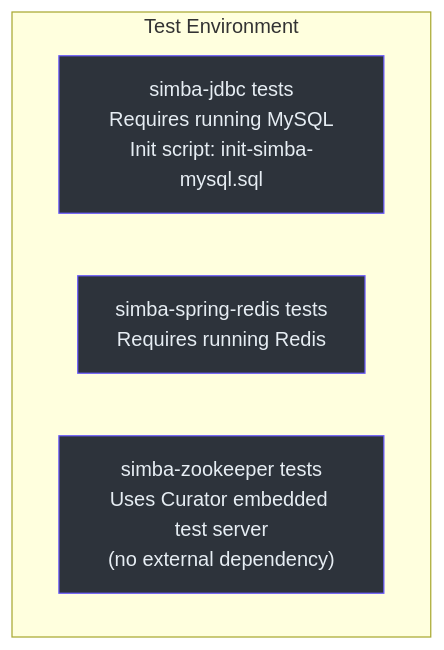
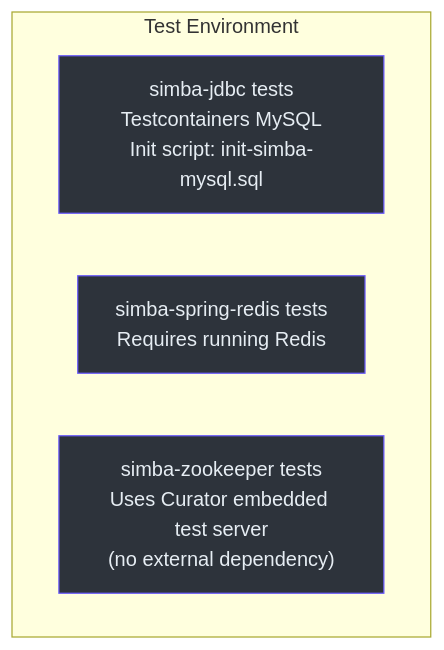
One commit to Ahoo-Wang/Simba changed the fourth of 4 diagrams in wiki/zh/modules/simba-test.md. Above: the diagram before and after it, drawn with Mermaid. The commit also changed other lines of this file and 25 other files, not shown here.

First line of the commit message:
test: run JDBC and Redis tests with Testcontainers (#565)

````diff
--- a/wiki/zh/modules/simba-test.md
+++ b/wiki/zh/modules/simba-test.md
@@ -241,13 +241,13 @@
 ```mermaid
 graph TD
     subgraph sg_112 ["Test Environment"]
 
-        J_ENV["simba-jdbc tests<br>Requires running MySQL<br>Init script: init-simba-mysql.sql"]
+        J_ENV["simba-jdbc tests<br>Testcontainers MySQL<br>Init script: init-simba-mysql.sql"]
         R_ENV["simba-spring-redis tests<br>Requires running Redis"]
         Z_ENV["simba-zookeeper tests<br>Uses Curator embedded test server<br>(no external dependency)"]
     end
 
     style J_ENV fill:#2d333b,stroke:#6d5dfc,color:#e6edf3
     style R_ENV fill:#2d333b,stroke:#6d5dfc,color:#e6edf3
     style Z_ENV fill:#2d333b,stroke:#6d5dfc,color:#e6edf3
 ```
````
